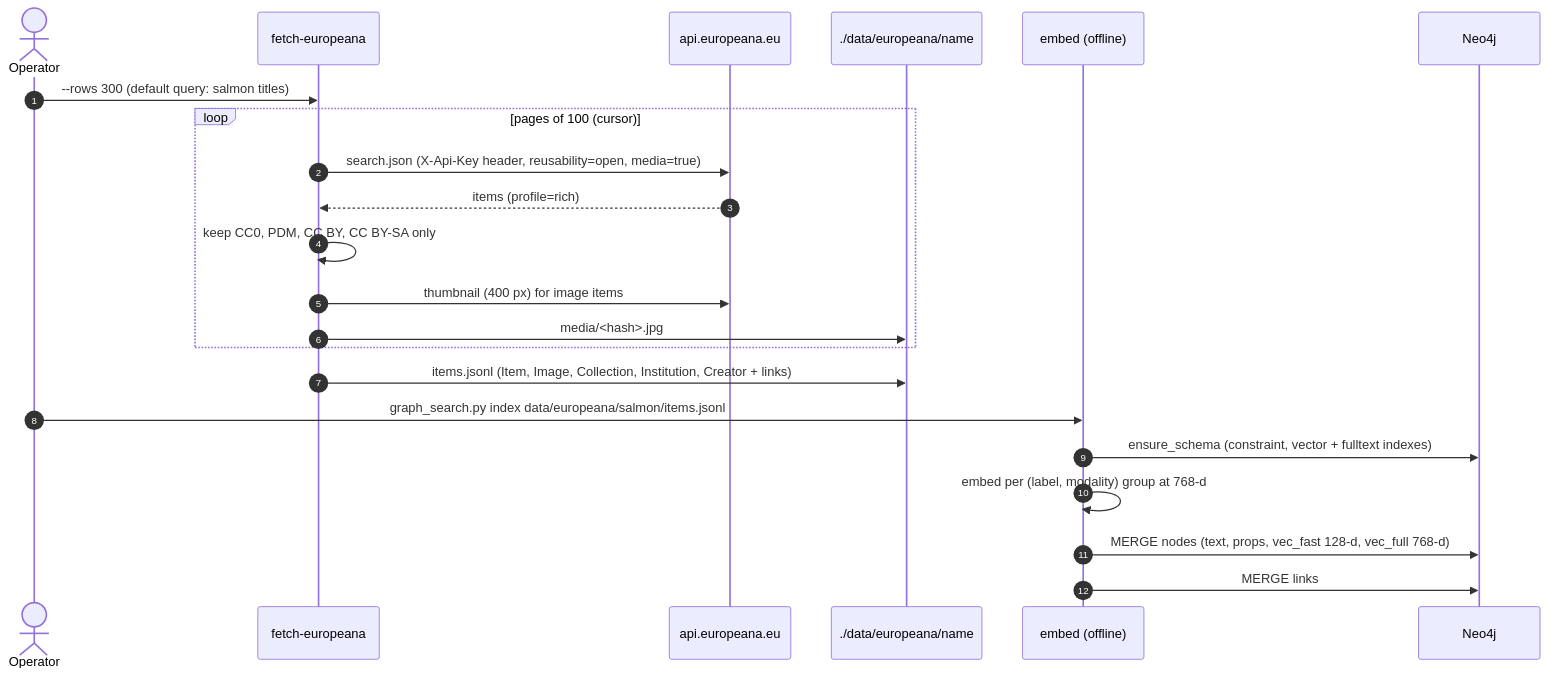
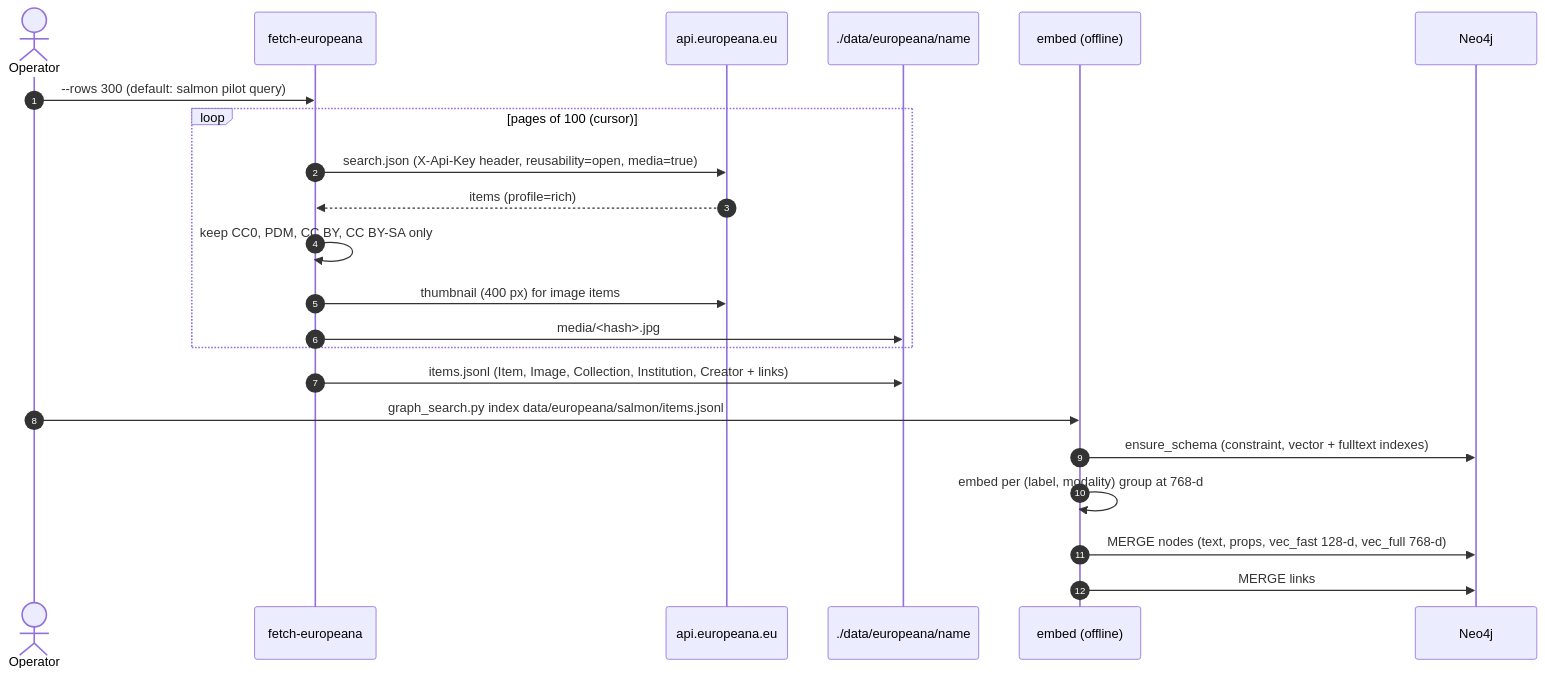
Before and after one commit to teamworxAI/campus-ai: the fourth of 6 diagrams in docs/architecture.md, drawn with Mermaid. The commit also changed other lines of this file and 2 other files, not shown here.

First line of the commit message:
Update docs for in-index label filtering and the narrower pilot query

````diff
--- a/docs/architecture.md
+++ b/docs/architecture.md
@@ -166,25 +166,25 @@
 ```mermaid
 sequenceDiagram
     autonumber
     actor Op as Operator
     participant FE as fetch-europeana
     participant API as api.europeana.eu
     participant Disk as ./data/europeana/name
     participant EMB as embed (offline)
     participant NEO as Neo4j
 
-    Op->>FE: --rows 300 (default query: salmon titles)
+    Op->>FE: --rows 300 (default: salmon pilot query)
     loop pages of 100 (cursor)
         FE->>API: search.json (X-Api-Key header, reusability=open, media=true)
         API-->>FE: items (profile=rich)
         FE->>FE: keep CC0, PDM, CC BY, CC BY-SA only
         FE->>API: thumbnail (400 px) for image items
         FE->>Disk: media/<hash>.jpg
     end
     FE->>Disk: items.jsonl (Item, Image, Collection, Institution, Creator + links)
     Op->>EMB: graph_search.py index data/europeana/salmon/items.jsonl
     EMB->>NEO: ensure_schema (constraint, vector + fulltext indexes)
     EMB->>EMB: embed per (label, modality) group at 768-d
     EMB->>NEO: MERGE nodes (text, props, vec_fast 128-d, vec_full 768-d)
     EMB->>NEO: MERGE links
 ```
````
